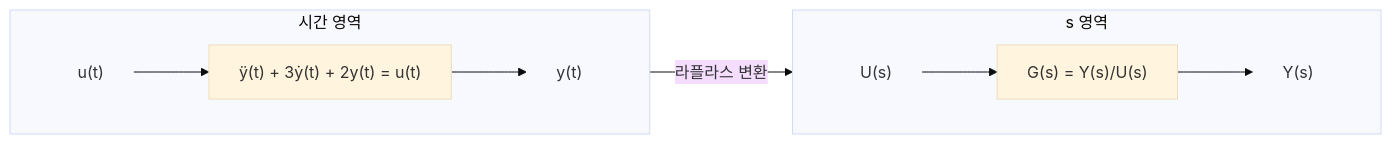
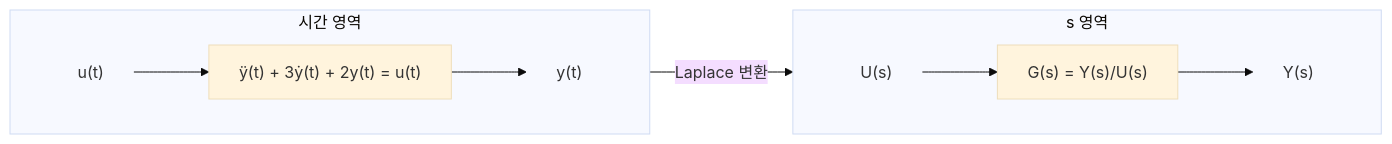
Before and after one commit to Choroning/25Fall_Neural-Network-Control-Systems: the second of 15 diagrams in Lecture-Notes/Week05_Control-System-Modeling-II/Concepts_Lecture.ko.md, drawn with Mermaid (base theme). The commit also changed other lines of this file and 18 other files, not shown here.

````diff
--- a/Lecture-Notes/Week05_Control-System-Modeling-II/Concepts_Lecture.ko.md
+++ b/Lecture-Notes/Week05_Control-System-Modeling-II/Concepts_Lecture.ko.md
@@ -121,16 +121,16 @@
 ```mermaid
 flowchart LR
   subgraph TD1["시간 영역"]
     direction LR
     u["u(t)"] --> ode["ÿ(t) + 3ẏ(t) + 2y(t) = u(t)"]
     ode --> y["y(t)"]
   end
   subgraph SD1["s 영역"]
     direction LR
     U["U(s)"] --> G["G(s) = Y(s)/U(s)"]
     G --> Y["Y(s)"]
   end
-  TD1 -->|"라플라스 변환"| SD1
+  TD1 -->|"Laplace 변환"| SD1
   classDef sig fill:none,stroke:none;
   class u,y,U,Y sig;
 ```
````
